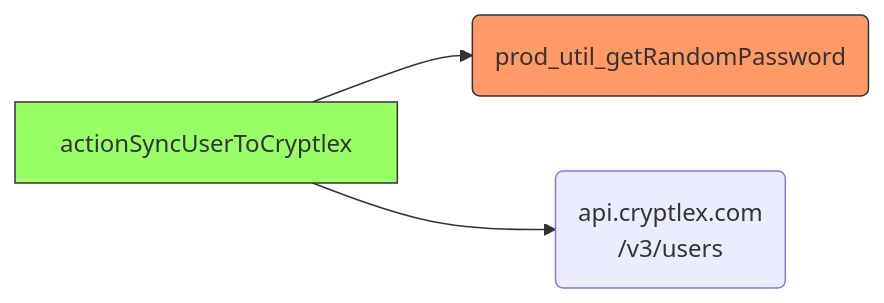
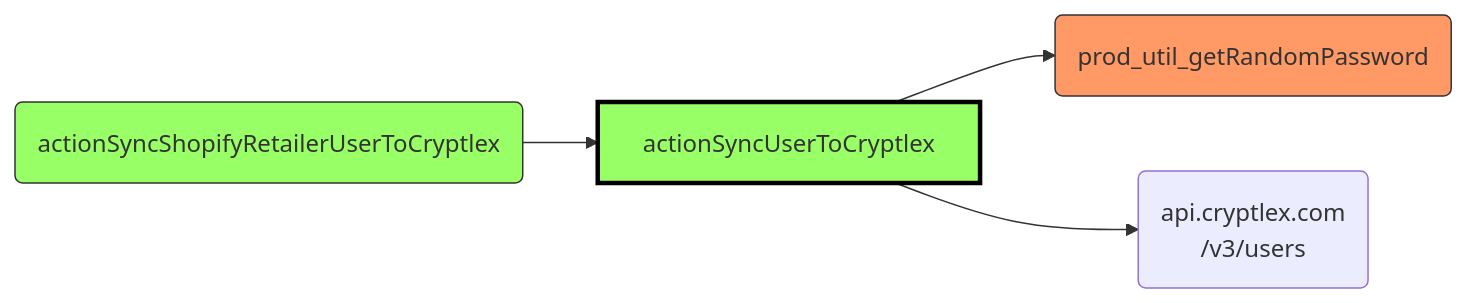
Diagram 19 of 31 in automations.md (joze-liburn/uibakery), drawn with Mermaid before and after one commit. The commit also changed other lines of this file and 3 other files, not shown here.

Commit message:
Added calls between automations and actions so that each pair appears twice. Two missing web services. Added overall call graph. Fixed internal symbol names.

````diff
--- a/automations.md
+++ b/automations.md
@@ -562,13 +565,15 @@
 ```mermaid
 graph LR
   classDef this fill:#9f6,stroke:#000,stroke-width:3;
   classDef automation fill:#9f6,stroke:#333;
   classDef action fill:#f96,stroke:#333;
   classDef database fill:#96f,stroke:#333;
 
+  aut18(actionSyncShopifyRetailerUserToCryptlex) --> aut19[actionSyncUserToCryptlex]
   aut19[actionSyncUserToCryptlex] --> act07(prod_util_getRandomPassword)
   aut19[actionSyncUserToCryptlex] --> cryptlex(api.cryptlex.com<br>/v3/users)
 
-  class aut19 automation
+  class aut19 this
+  class aut18 automation
   class act07 action
 ```
````
